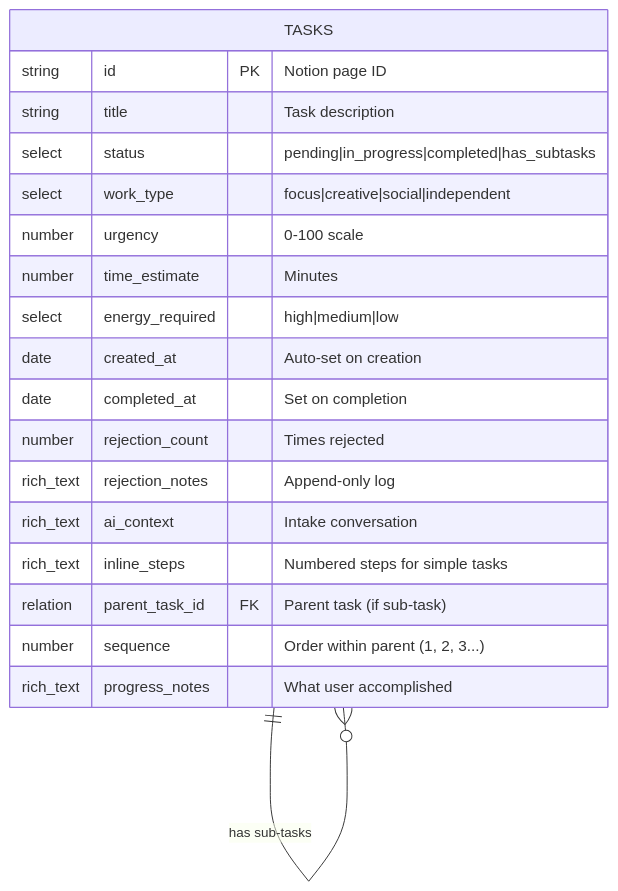
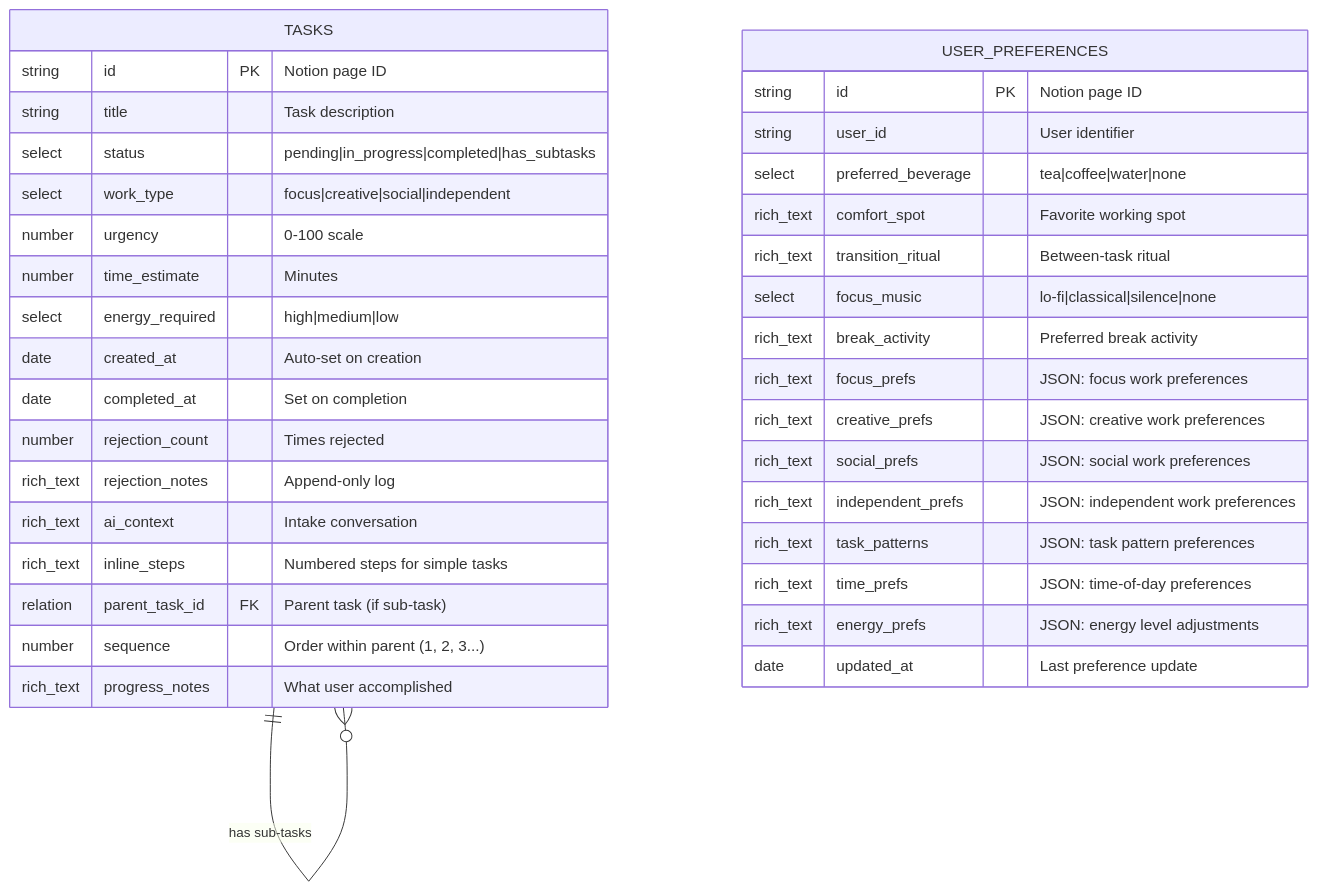
The first of 18 diagrams in docs/notion-schema.md (NickBorgers/hide-my-list), drawn with Mermaid before and after one commit. The commit also changed other lines of this file and 4 other files, not shown here.

First line of the commit message:
Add user preferences system for personalized task breakdowns

````diff
--- a/docs/notion-schema.md
+++ b/docs/notion-schema.md
@@ -9,23 +9,41 @@
 ```mermaid
 erDiagram
     TASKS {
         string id PK "Notion page ID"
         string title "Task description"
         select status "pending|in_progress|completed|has_subtasks"
         select work_type "focus|creative|social|independent"
         number urgency "0-100 scale"
         number time_estimate "Minutes"
         select energy_required "high|medium|low"
         date created_at "Auto-set on creation"
         date completed_at "Set on completion"
         number rejection_count "Times rejected"
         rich_text rejection_notes "Append-only log"
         rich_text ai_context "Intake conversation"
         rich_text inline_steps "Numbered steps for simple tasks"
         relation parent_task_id FK "Parent task (if sub-task)"
         number sequence "Order within parent (1, 2, 3...)"
         rich_text progress_notes "What user accomplished"
     }
 
+    USER_PREFERENCES {
+        string id PK "Notion page ID"
+        string user_id "User identifier"
+        select preferred_beverage "tea|coffee|water|none"
+        rich_text comfort_spot "Favorite working spot"
+        rich_text transition_ritual "Between-task ritual"
+        select focus_music "lo-fi|classical|silence|none"
+        rich_text break_activity "Preferred break activity"
+        rich_text focus_prefs "JSON: focus work preferences"
+        rich_text creative_prefs "JSON: creative work preferences"
+        rich_text social_prefs "JSON: social work preferences"
+        rich_text independent_prefs "JSON: independent work preferences"
+        rich_text task_patterns "JSON: task pattern preferences"
+        rich_text time_prefs "JSON: time-of-day preferences"
+        rich_text energy_prefs "JSON: energy level adjustments"
+        date updated_at "Last preference update"
+    }
+
     TASKS ||--o{ TASKS : "has sub-tasks"
 ```
````
